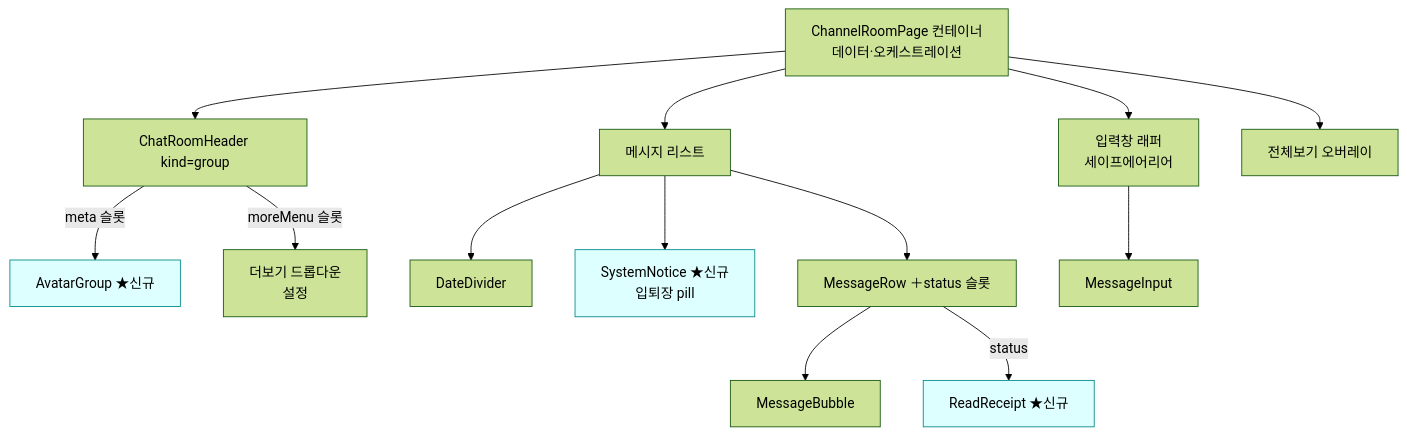
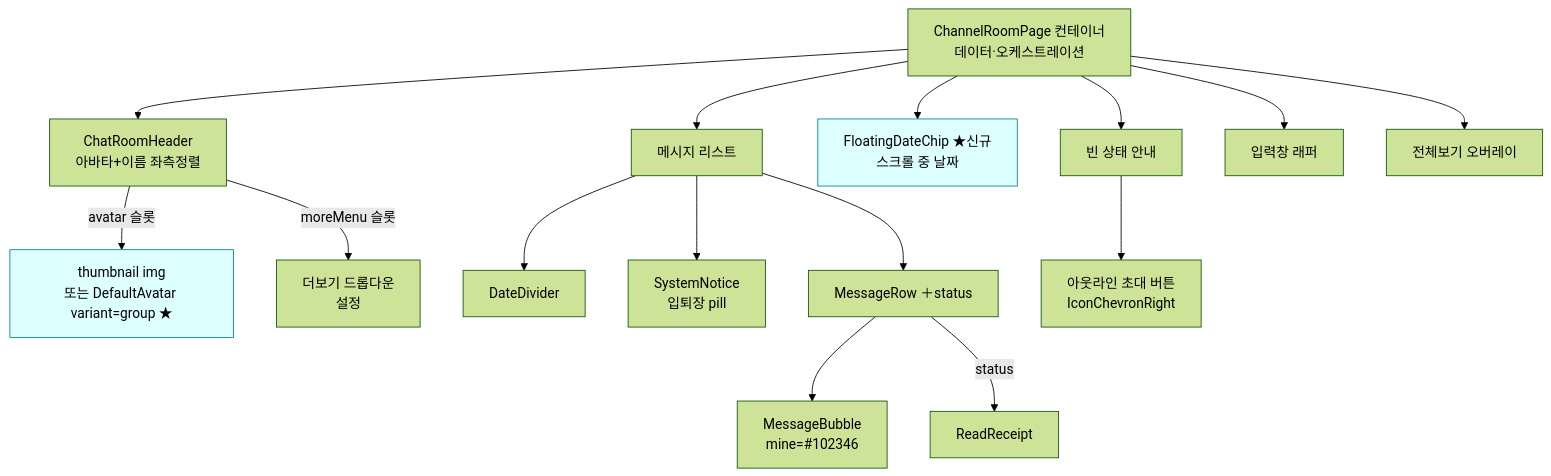
The first of 3 diagrams in apps/web/docs/feature/channels/chat-room-ui.md (lemoncloud-io/dou-app), drawn with Mermaid (forest theme) before and after one commit. The commit also changed other lines of this file and 1 other file, not shown here.

Commit message:
docs(adr): 채널 룸 Figma 개선 기록(ADR-0021) 및 chat-room-ui 갱신

````diff
--- a/apps/web/docs/feature/channels/chat-room-ui.md
+++ b/apps/web/docs/feature/channels/chat-room-ui.md
@@ -84,19 +87,21 @@
 ```mermaid
 graph TD
     Page[ChannelRoomPage 컨테이너<br/>데이터·오케스트레이션] --> Header
     Page --> List[메시지 리스트]
-    Page --> Input[입력창 래퍼<br/>세이프에어리어]
+    Page --> Float[FloatingDateChip ★신규<br/>스크롤 중 날짜]
+    Page --> Empty[빈 상태 안내]
+    Page --> Input[입력창 래퍼]
     Page --> Expand[전체보기 오버레이]
 
-    Header[ChatRoomHeader kind=group] -->|meta 슬롯| AG[AvatarGroup ★신규]
+    Header[ChatRoomHeader<br/>아바타+이름 좌측정렬] -->|avatar 슬롯| AV[thumbnail img<br/>또는 DefaultAvatar variant=group ★]
     Header -->|moreMenu 슬롯| Menu[더보기 드롭다운<br/>설정]
     List --> DD[DateDivider]
-    List --> SN[SystemNotice ★신규<br/>입퇴장 pill]
-    List --> Row[MessageRow ＋status 슬롯]
-    Row --> Bubble[MessageBubble]
-    Row -->|status| RR[ReadReceipt ★신규]
-    Input --> MI[MessageInput]
+    List --> SN[SystemNotice<br/>입퇴장 pill]
+    List --> Row[MessageRow ＋status]
+    Row --> Bubble[MessageBubble<br/>mine=#102346]
+    Row -->|status| RR[ReadReceipt]
+    Empty --> Btn[아웃라인 초대 버튼<br/>IconChevronRight]
 
     classDef new fill:#dff,stroke:#088;
-    class AG,RR,SN new;
+    class Float,AV new;
 ```
````
